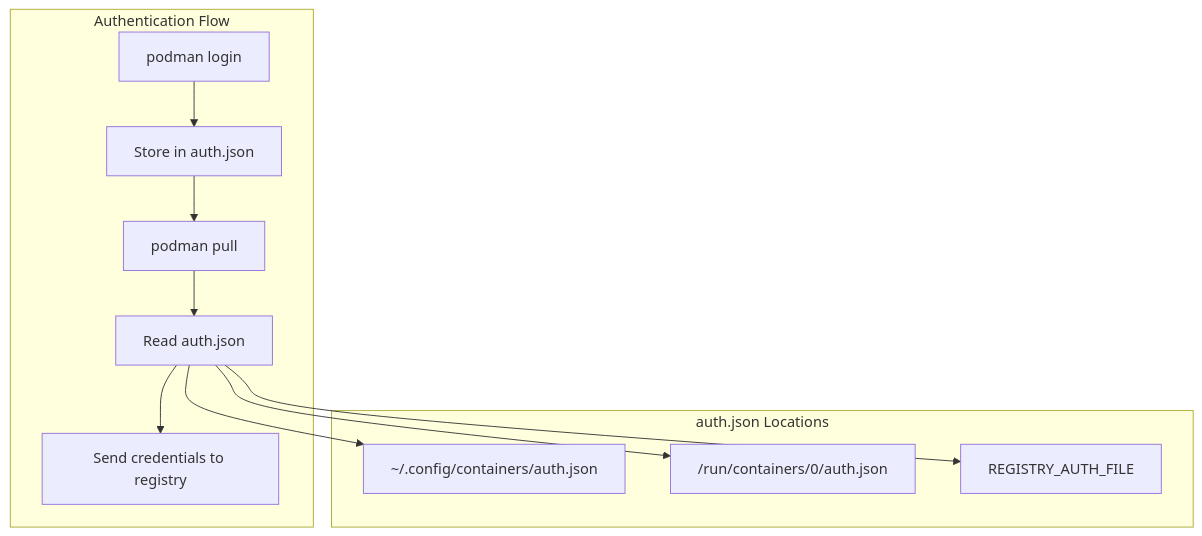
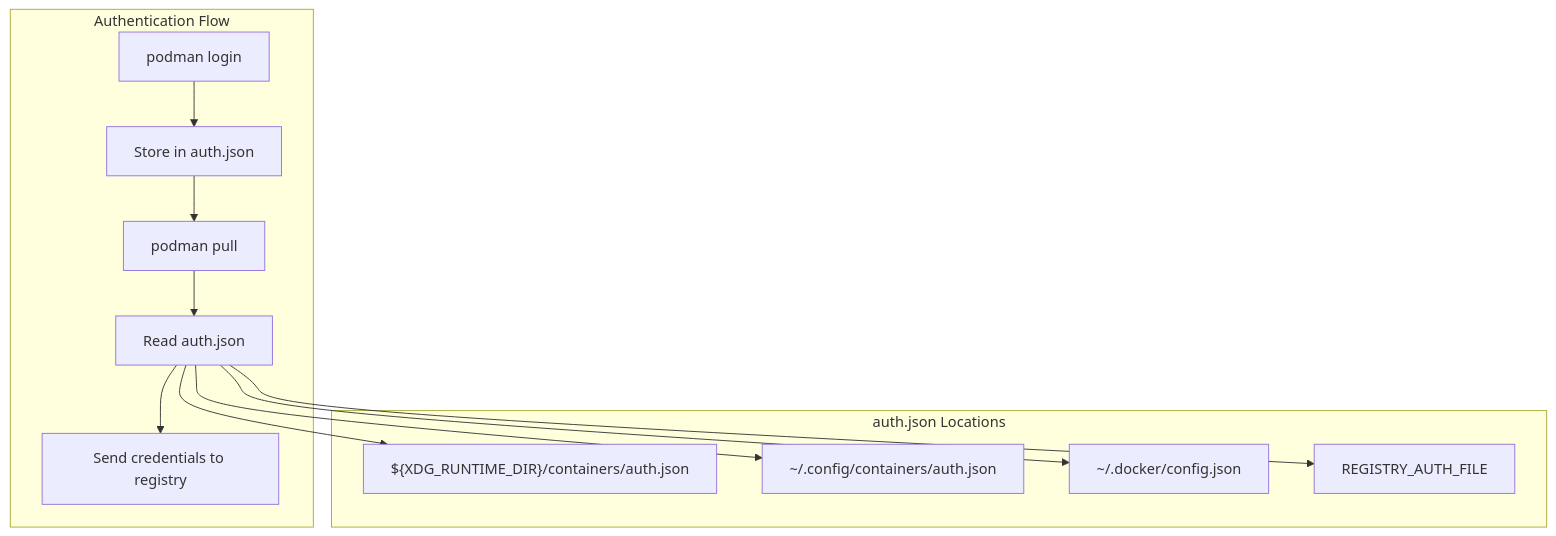
The fourth of 4 diagrams in posts/2026-01-27-podman-registry/README.md (OneUptime/blog), drawn with Mermaid before and after one commit. The commit also changed other lines of this file and 2 other files, not shown here.

````diff
--- a/posts/2026-01-27-podman-registry/README.md
+++ b/posts/2026-01-27-podman-registry/README.md
@@ -344,19 +345,21 @@
 ```mermaid
 flowchart TB
     subgraph Auth["Authentication Flow"]
         Login["podman login"] --> Store["Store in auth.json"]
         Store --> Pull["podman pull"]
         Pull --> Read["Read auth.json"]
         Read --> Send["Send credentials to registry"]
     end
 
     subgraph Locations["auth.json Locations"]
+        Runtime["${XDG_RUNTIME_DIR}/containers/auth.json"]
         User["~/.config/containers/auth.json"]
-        Root["/run/containers/0/auth.json"]
+        Docker["~/.docker/config.json"]
         Custom["REGISTRY_AUTH_FILE"]
     end
 
     Read --> User
-    Read --> Root
+    Read --> Runtime
+    Read --> Docker
     Read --> Custom
 ```
````
